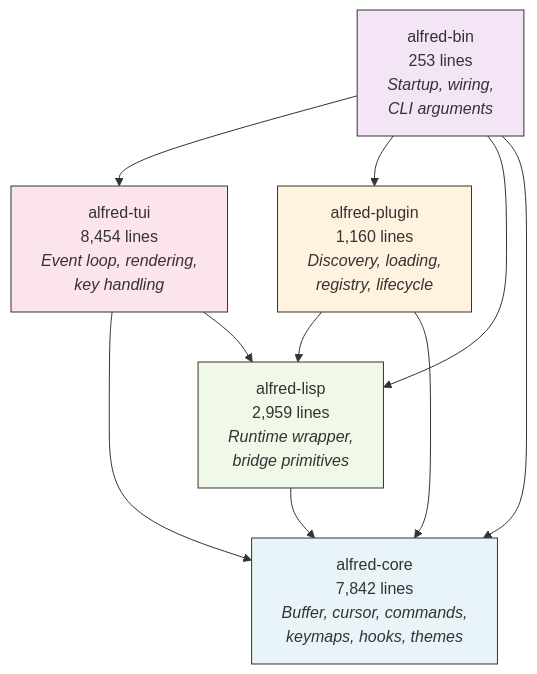
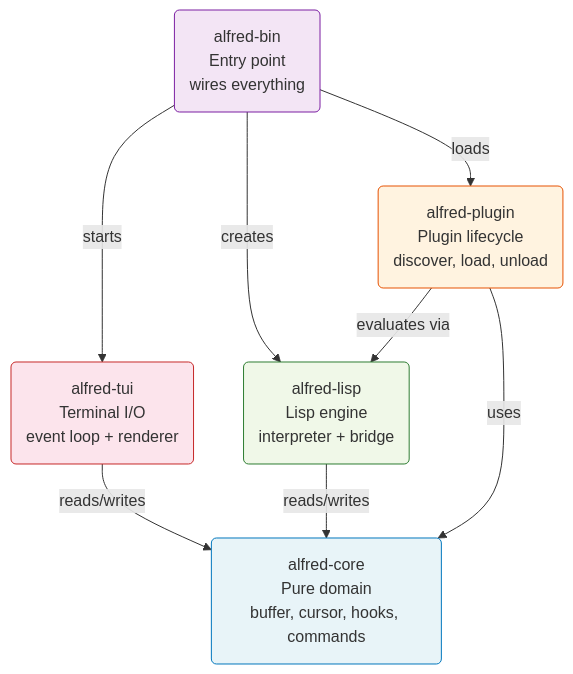
One commit to andrealaforgia/alfred changed the first of 5 diagrams in docs/walkthrough/alfred-walkthrough.md. Above: the diagram before and after it, drawn with Mermaid. The commit also changed other lines of this file and 4 other files, not shown here.

````diff
--- a/docs/walkthrough/alfred-walkthrough.md
+++ b/docs/walkthrough/alfred-walkthrough.md
@@ -100,24 +105,22 @@
 ```mermaid
 graph TD
-    BIN["alfred-bin<br/>253 lines<br/><i>Startup, wiring,<br/>CLI arguments</i>"]
-    TUI["alfred-tui<br/>8,454 lines<br/><i>Event loop, rendering,<br/>key handling</i>"]
-    PLUGIN["alfred-plugin<br/>1,160 lines<br/><i>Discovery, loading,<br/>registry, lifecycle</i>"]
-    LISP["alfred-lisp<br/>2,959 lines<br/><i>Runtime wrapper,<br/>bridge primitives</i>"]
-    CORE["alfred-core<br/>7,842 lines<br/><i>Buffer, cursor, commands,<br/>keymaps, hooks, themes</i>"]
+    BIN("alfred-bin<br/>Entry point<br/>wires everything")
+    TUI("alfred-tui<br/>Terminal I/O<br/>event loop + renderer")
+    PLUGIN("alfred-plugin<br/>Plugin lifecycle<br/>discover, load, unload")
+    LISP("alfred-lisp<br/>Lisp engine<br/>interpreter + bridge")
+    CORE("alfred-core<br/>Pure domain<br/>buffer, cursor, hooks, commands")
 
-    BIN --> TUI
-    BIN --> PLUGIN
-    BIN --> LISP
-    BIN --> CORE
-    TUI --> CORE
-    TUI --> LISP
-    PLUGIN --> LISP
-    PLUGIN --> CORE
-    LISP --> CORE
+    BIN -->|"starts"| TUI
+    BIN -->|"loads"| PLUGIN
+    BIN -->|"creates"| LISP
+    TUI -->|"reads/writes"| CORE
+    LISP -->|"reads/writes"| CORE
+    PLUGIN -->|"uses"| CORE
+    PLUGIN -->|"evaluates via"| LISP
 
-    style CORE fill:#e8f4f8,stroke:#333
-    style LISP fill:#f0f8e8,stroke:#333
-    style PLUGIN fill:#fff3e0,stroke:#333
-    style TUI fill:#fce4ec,stroke:#333
-    style BIN fill:#f3e5f5,stroke:#333
+    style BIN fill:#f3e5f5,stroke:#7b1fa2
+    style TUI fill:#fce4ec,stroke:#c62828
+    style PLUGIN fill:#fff3e0,stroke:#e65100
+    style LISP fill:#f0f8e8,stroke:#2e7d32
+    style CORE fill:#e8f4f8,stroke:#0277bd
 ```
````
